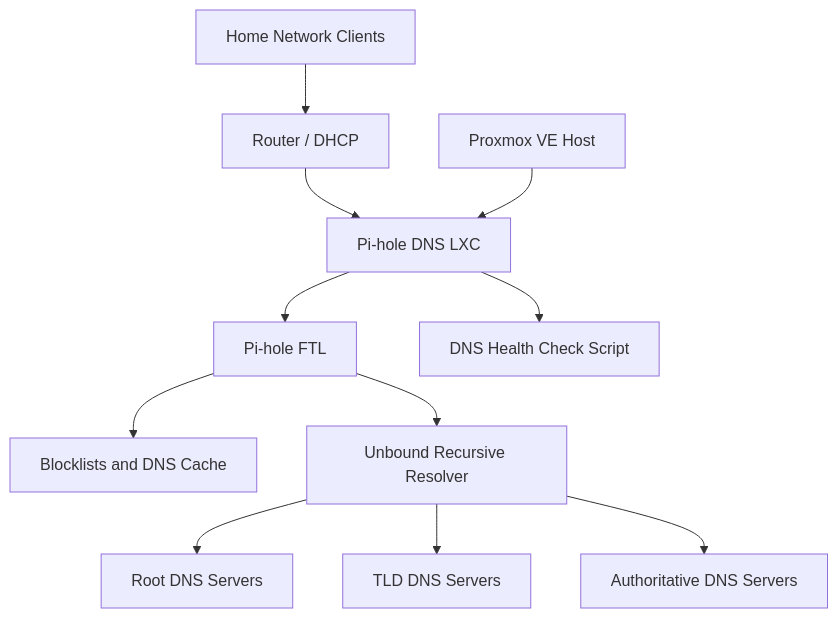
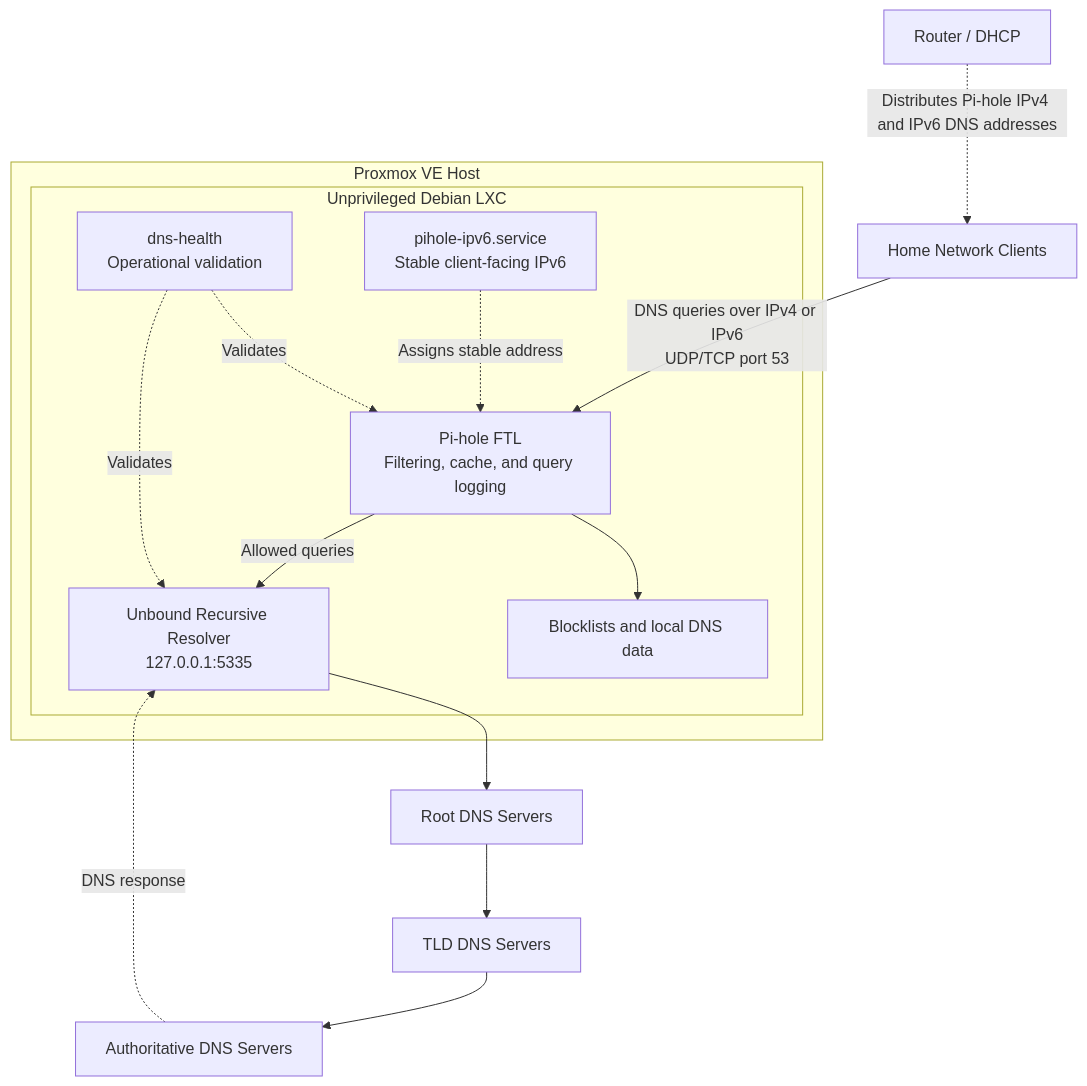
Before and after one commit to SinishtajM/pihole-unbound-dns-security: the diagram in README.md, drawn with Mermaid. The commit also changed other lines of this file, not shown here.

Commit message:
Improve architecture diagram and artifact navigation

````diff
--- a/README.md
+++ b/README.md
@@ -70,16 +71,29 @@
 ```mermaid
-graph TD
-    A[Home Network Clients] --> B[Router / DHCP]
-    B --> C[Pi-hole DNS LXC]
+flowchart TD
+    ROUTER[Router / DHCP]
+    CLIENTS[Home Network Clients]
 
-    C --> C1[Pi-hole FTL]
-    C1 --> C2[Blocklists and DNS Cache]
-    C1 --> D[Unbound Recursive Resolver]
+    ROUTER -. "Distributes Pi-hole IPv4 and IPv6 DNS addresses" .-> CLIENTS
+    CLIENTS -->|"DNS queries over IPv4 or IPv6<br/>UDP/TCP port 53"| PIHOLE
 
-    D --> E[Root DNS Servers]
-    D --> F[TLD DNS Servers]
-    D --> G[Authoritative DNS Servers]
+    subgraph PROXMOX[Proxmox VE Host]
+        subgraph LXC[Unprivileged Debian LXC]
+            PIHOLE[Pi-hole FTL<br/>Filtering, cache, and query logging]
+            LISTS[Blocklists and local DNS data]
+            UNBOUND[Unbound Recursive Resolver<br/>127.0.0.1:5335]
+            HEALTH[dns-health<br/>Operational validation]
+            IPV6[pihole-ipv6.service<br/>Stable client-facing IPv6]
 
-    H[Proxmox VE Host] --> C
-    C --> I[DNS Health Check Script]
+            PIHOLE --> LISTS
+            PIHOLE -->|Allowed queries| UNBOUND
+            HEALTH -. Validates .-> PIHOLE
+            HEALTH -. Validates .-> UNBOUND
+            IPV6 -. Assigns stable address .-> PIHOLE
+        end
+    end
+
+    UNBOUND --> ROOT[Root DNS Servers]
+    ROOT --> TLD[TLD DNS Servers]
+    TLD --> AUTH[Authoritative DNS Servers]
+    AUTH -. DNS response .-> UNBOUND
 ```
````
